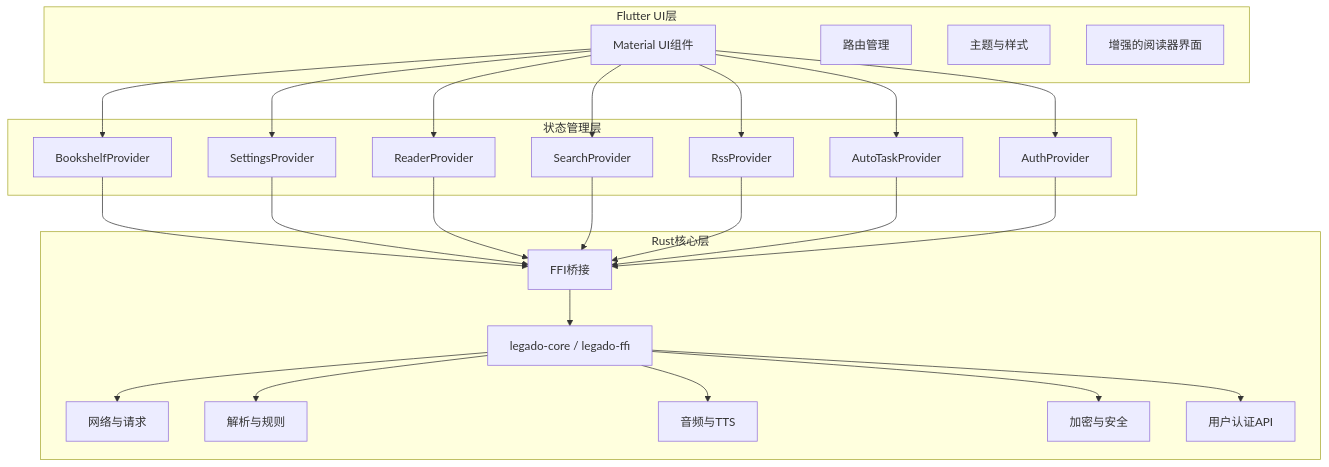
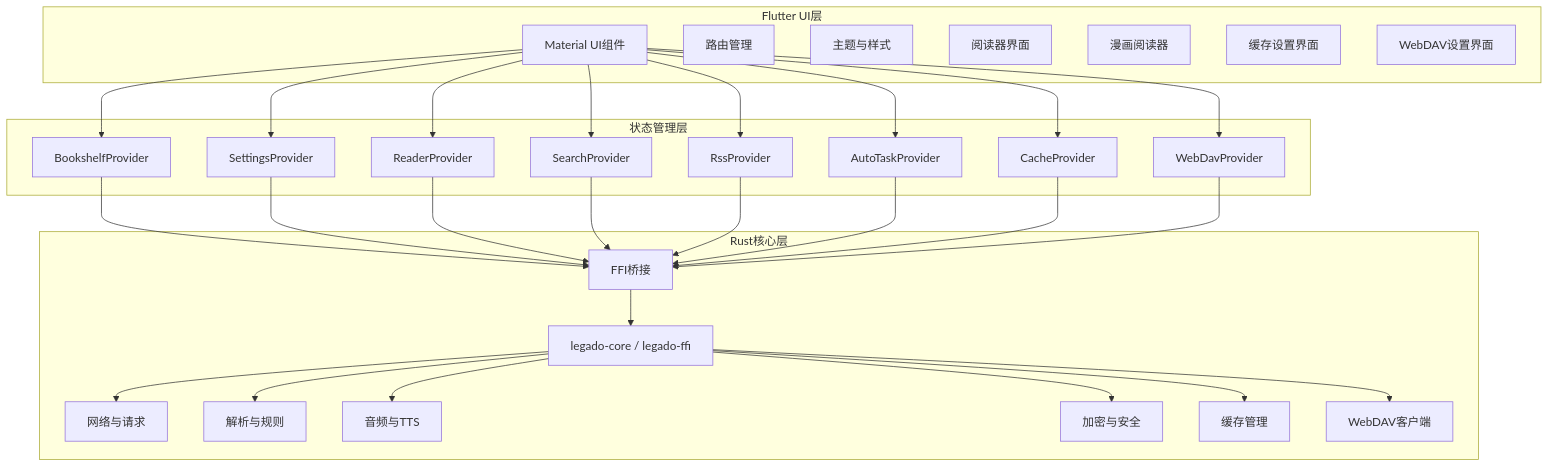
One commit to ZhangGHGitHub/LegadoTeamFlutter changed the second of 9 diagrams in .qoder/repowiki/zh/content/Flutter跨平台应用/Flutter跨平台应用.md. Above: the diagram before and after it, drawn with Mermaid. The commit also changed other lines of this file and 66 other files, not shown here.

````diff
--- a/.qoder/repowiki/zh/content/Flutter跨平台应用/Flutter跨平台应用.md
+++ b/.qoder/repowiki/zh/content/Flutter跨平台应用/Flutter跨平台应用.md
@@ -111,47 +120,55 @@
 ```mermaid
 graph TB
 subgraph "Flutter UI层"
 UI["Material UI组件"]
 Router["路由管理"]
 Theme["主题与样式"]
-Reader["增强的阅读器界面"]
+Reader["阅读器界面"]
+ComicReader["漫画阅读器"]
+CacheSettings["缓存设置界面"]
+WebDavSettings["WebDAV设置界面"]
 end
 subgraph "状态管理层"
 PBookshelf["BookshelfProvider"]
 PSettings["SettingsProvider"]
 PReader["ReaderProvider"]
 PSearch["SearchProvider"]
 PRss["RssProvider"]
 PAuto["AutoTaskProvider"]
-PAuth["AuthProvider"]
+PCache["CacheProvider"]
+PWebDav["WebDavProvider"]
 end
 subgraph "Rust核心层"
 FFI["FFI桥接"]
 Core["legado-core / legado-ffi"]
 Net["网络与请求"]
 Parse["解析与规则"]
 Audio["音频与TTS"]
 Crypto["加密与安全"]
-Auth["用户认证API"]
+Cache["缓存管理"]
+WebDav["WebDAV客户端"]
 end
 UI --> PBookshelf
 UI --> PSettings
 UI --> PReader
 UI --> PSearch
 UI --> PRss
 UI --> PAuto
-UI --> PAuth
+UI --> PCache
+UI --> PWebDav
 PBookshelf --> FFI
 PSettings --> FFI
 PReader --> FFI
 PSearch --> FFI
 PRss --> FFI
 PAuto --> FFI
-PAuth --> FFI
+PCache --> FFI
+PWebDav --> FFI
 FFI --> Core
 Core --> Net
 Core --> Parse
 Core --> Audio
 Core --> Crypto
-Core --> Auth
+Core --> Cache
+Core --> WebDav
 ```
````
